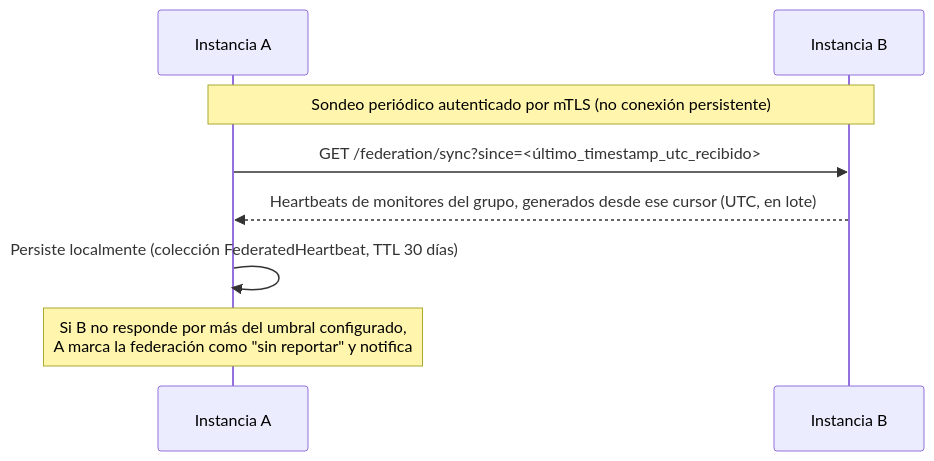
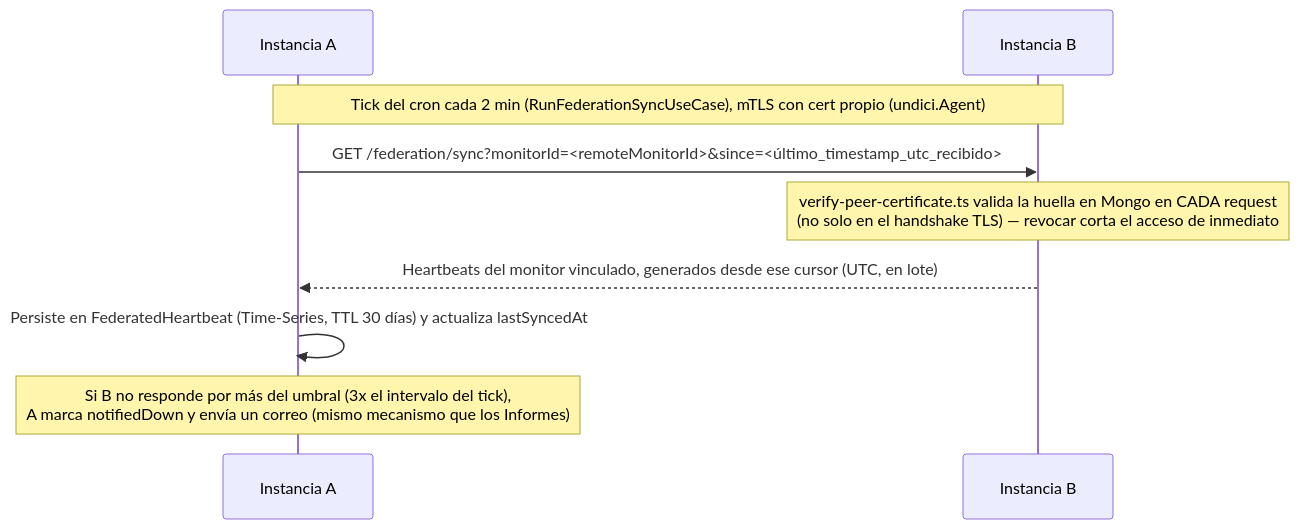
One commit to athomo001/azkin changed the fifth of 5 diagrams in docs/ARCHITECTURE.md. Above: the diagram before and after it, drawn with Mermaid. The commit also changed other lines of this file and 58 other files, not shown here.

First line of the commit message:
feat: Implement mTLS federation server management and peer communication

````diff
--- a/docs/ARCHITECTURE.md
+++ b/docs/ARCHITECTURE.md
@@ -408,11 +431,12 @@
 ```mermaid
 sequenceDiagram
     participant A as Instancia A
     participant B as Instancia B
 
-    Note over A,B: Sondeo periódico autenticado por mTLS (no conexión persistente)
-    A->>B: GET /federation/sync?since=<último_timestamp_utc_recibido>
-    B-->>A: Heartbeats de monitores del grupo, generados desde ese cursor (UTC, en lote)
-    A->>A: Persiste localmente (colección FederatedHeartbeat, TTL 30 días)
-    Note over A: Si B no responde por más del umbral configurado,<br/>A marca la federación como "sin reportar" y notifica
+    Note over A,B: Tick del cron cada 2 min (RunFederationSyncUseCase), mTLS con cert propio (undici.Agent)
+    A->>B: GET /federation/sync?monitorId=<remoteMonitorId>&since=<último_timestamp_utc_recibido>
+    Note over B: verify-peer-certificate.ts valida la huella en Mongo en CADA request<br/>(no solo en el handshake TLS) — revocar corta el acceso de inmediato
+    B-->>A: Heartbeats del monitor vinculado, generados desde ese cursor (UTC, en lote)
+    A->>A: Persiste en FederatedHeartbeat (Time-Series, TTL 30 días) y actualiza lastSyncedAt
+    Note over A: Si B no responde por más del umbral (3x el intervalo del tick),<br/>A marca notifiedDown y envía un correo (mismo mecanismo que los Informes)
 ```
````
